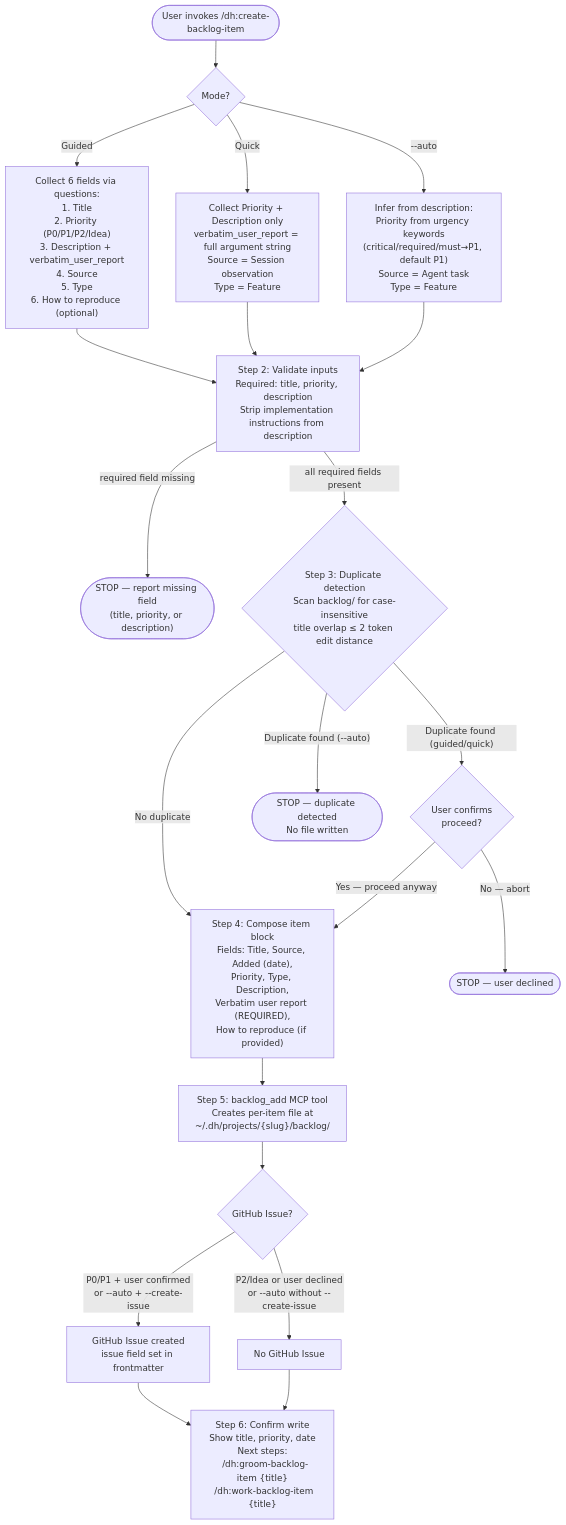
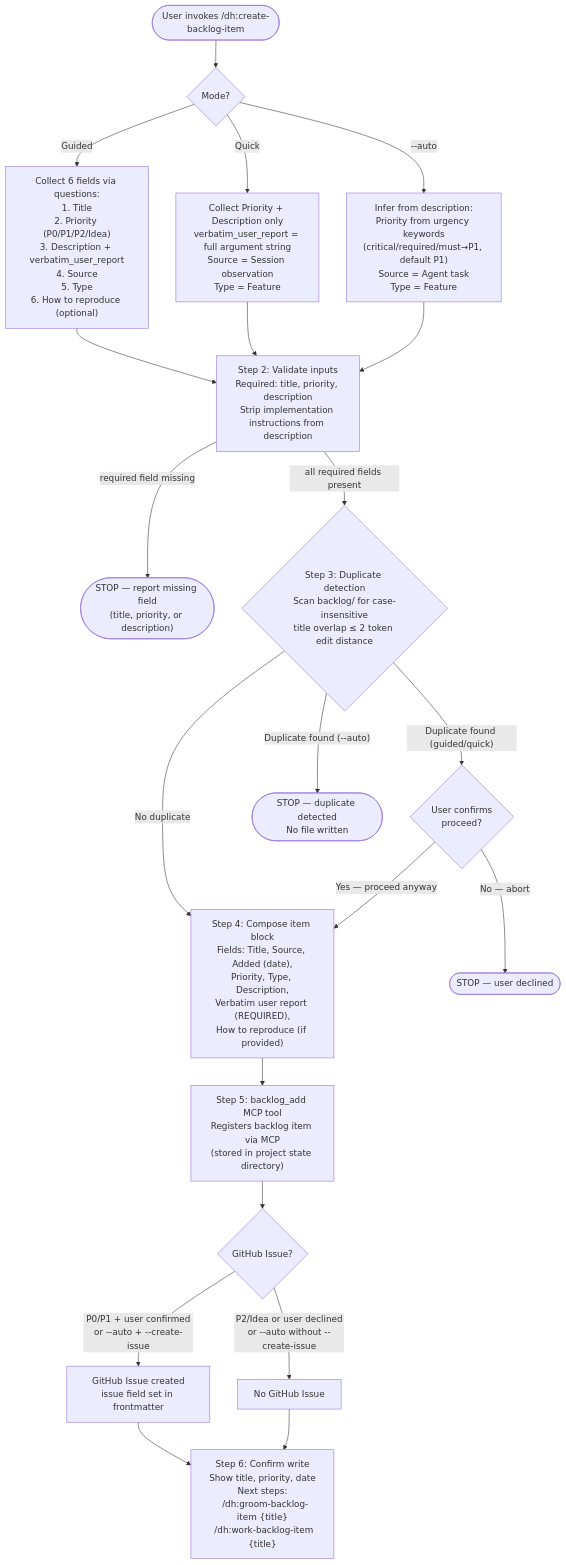
Before and after one commit to chgreer1070/claude_skills: the second of 8 diagrams in plugins/development-harness/docs/backlog-item-lifecycle.md, drawn with Mermaid. The commit also changed other lines of this file and 20 other files, not shown here.

First line of the commit message:
feat(development-harness): MCP-only pipeline — replace filesystem paths with MCP tool calls

````diff
--- a/plugins/development-harness/docs/backlog-item-lifecycle.md
+++ b/plugins/development-harness/docs/backlog-item-lifecycle.md
@@ -109,29 +109,29 @@
 ```mermaid
 flowchart TD
     P1_START([User invokes /dh:create-backlog-item]) --> P1_MODE{Mode?}
     P1_MODE -->|Guided| P1_COLLECT_GUIDED["Collect 6 fields via questions:<br>1. Title<br>2. Priority (P0/P1/P2/Idea)<br>3. Description + verbatim_user_report<br>4. Source<br>5. Type<br>6. How to reproduce (optional)"]
     P1_MODE -->|Quick| P1_COLLECT_QUICK["Collect Priority + Description only<br>verbatim_user_report = full argument string<br>Source = Session observation<br>Type = Feature"]
     P1_MODE -->|--auto| P1_COLLECT_AUTO["Infer from description:<br>Priority from urgency keywords<br>(critical/required/must→P1, default P1)<br>Source = Agent task<br>Type = Feature"]
 
     P1_COLLECT_GUIDED --> P1_VALIDATE["Step 2: Validate inputs<br>Required: title, priority, description<br>Strip implementation instructions from description"]
     P1_COLLECT_QUICK --> P1_VALIDATE
     P1_COLLECT_AUTO --> P1_VALIDATE
 
     P1_VALIDATE -->|"required field missing"| P1_STOP_INVALID(["STOP — report missing field<br>(title, priority, or description)"])
     P1_VALIDATE -->|"all required fields present"| P1_DEDUP{"Step 3: Duplicate detection<br>Scan backlog/ for case-insensitive<br>title overlap ≤ 2 token edit distance"}
     P1_DEDUP -->|"Duplicate found (guided/quick)"| P1_CONFIRM{"User confirms<br>proceed?"}
     P1_DEDUP -->|"Duplicate found (--auto)"| P1_STOP_DUP(["STOP — duplicate detected<br>No file written"])
     P1_DEDUP -->|No duplicate| P1_COMPOSE
     P1_CONFIRM -->|"No — abort"| P1_STOP_DECLINE(["STOP — user declined"])
     P1_CONFIRM -->|"Yes — proceed anyway"| P1_COMPOSE
 
     P1_COMPOSE["Step 4: Compose item block<br>Fields: Title, Source, Added (date),<br>Priority, Type, Description,<br>Verbatim user report (REQUIRED),<br>How to reproduce (if provided)"]
-    P1_COMPOSE --> P1_ADD["Step 5: backlog_add MCP tool<br>Creates per-item file at<br>~/.dh/projects/{slug}/backlog/"]
+    P1_COMPOSE --> P1_ADD["Step 5: backlog_add MCP tool<br>Registers backlog item via MCP<br>(stored in project state directory)"]
 
     P1_ADD --> P1_ISSUE{"GitHub Issue?"}
     P1_ISSUE -->|"P0/P1 + user confirmed<br>or --auto + --create-issue"| P1_GH_CREATE["GitHub Issue created<br>issue field set in frontmatter"]
     P1_ISSUE -->|"P2/Idea or user declined<br>or --auto without --create-issue"| P1_NO_GH["No GitHub Issue"]
 
     P1_GH_CREATE --> P1_DONE["Step 6: Confirm write<br>Show title, priority, date<br>Next steps:<br>  /dh:groom-backlog-item {title}<br>  /dh:work-backlog-item {title}"]
     P1_NO_GH --> P1_DONE
 ```
````
